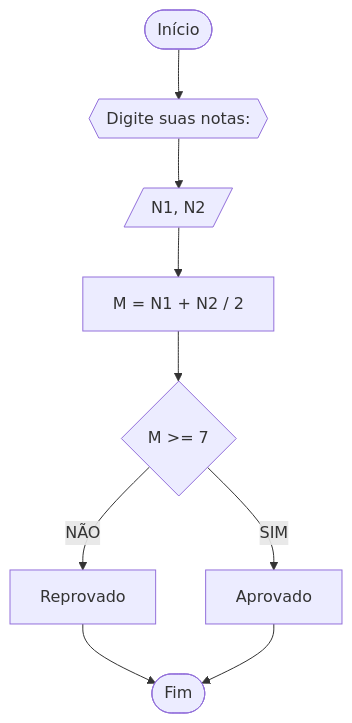
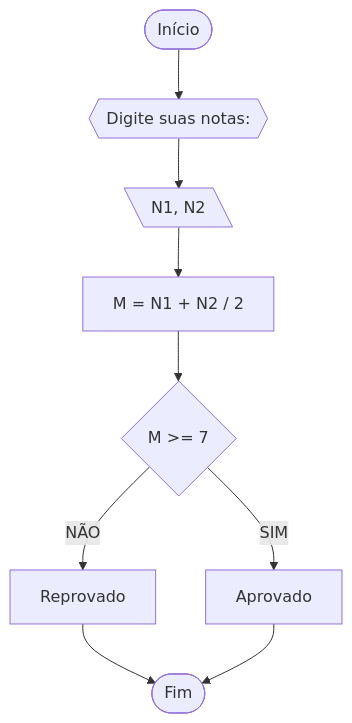
The first of 4 diagrams in RLA/lista_exercicio.md (Jandih/Unifor), drawn with Mermaid before and after one commit.

`````diff
--- a/RLA/lista_exercicio.md
+++ b/RLA/lista_exercicio.md
@@ -8,11 +8,11 @@
 ````mermaid
 flowchart TD
 A([Início]) --> B{{Digite suas notas:}}
-B --> C[/N1, N2/]
+B --> C[\N1, N2\]
 C --> D[M = N1 + N2 / 2]
 D --> E{M >= 7}
 E --NÃO--> F[Reprovado]
 F --> H([Fim])
 E --SIM--> G[Aprovado]
 G --> H
 ````
`````
